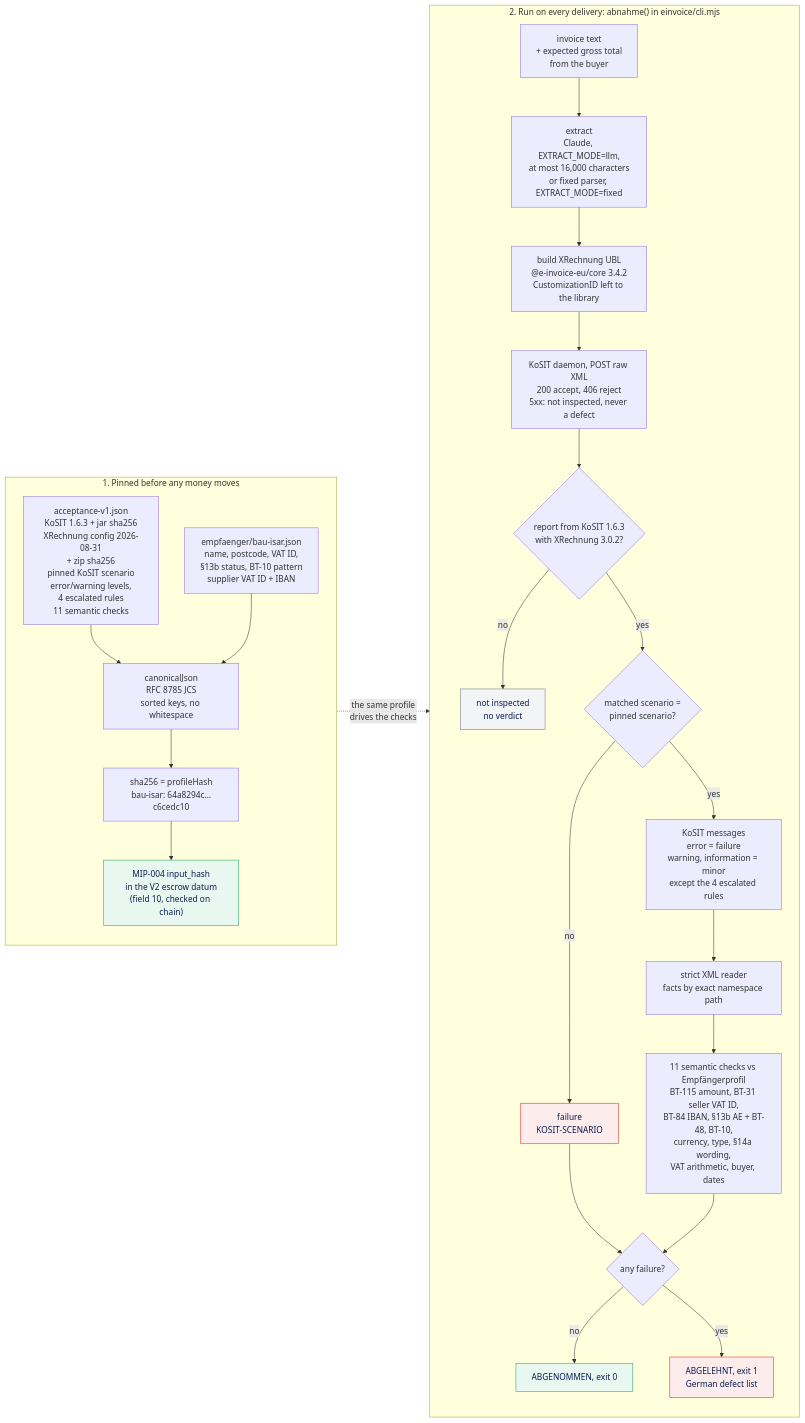
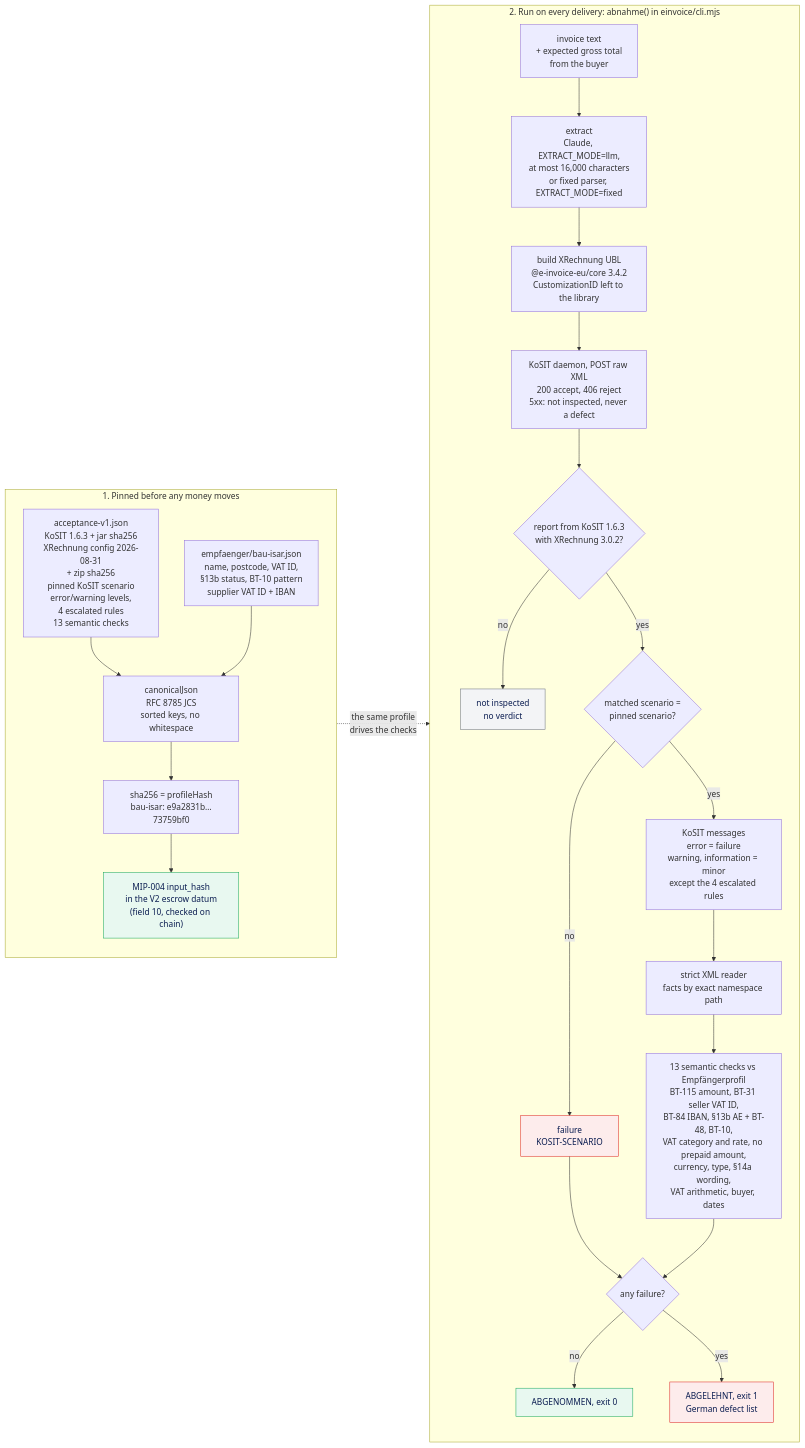
The tenth of 11 diagrams in README.md (omurbc/abnahme), drawn with Mermaid before and after one commit. The commit also changed other lines of this file and 1 other file, not shown here.

Commit message:
Show the round-5 profile hashes and the thirteen semantic checks in the README and on the site

````diff
--- a/README.md
+++ b/README.md
@@ -703,41 +703,41 @@
 ```mermaid
 flowchart LR
     subgraph PIN["1. Pinned before any money moves"]
         direction TB
-        A["acceptance-v1.json<br/>KoSIT 1.6.3 + jar sha256<br/>XRechnung config 2026-08-31<br/>+ zip sha256<br/>pinned KoSIT scenario<br/>error/warning levels,<br/>4 escalated rules<br/>11 semantic checks"]
+        A["acceptance-v1.json<br/>KoSIT 1.6.3 + jar sha256<br/>XRechnung config 2026-08-31<br/>+ zip sha256<br/>pinned KoSIT scenario<br/>error/warning levels,<br/>4 escalated rules<br/>13 semantic checks"]
         E["empfaenger/bau-isar.json<br/>name, postcode, VAT ID,<br/>§13b status, BT-10 pattern<br/>supplier VAT ID + IBAN"]
         J["canonicalJson<br/>RFC 8785 JCS<br/>sorted keys, no whitespace"]
-        H["sha256 = profileHash<br/>bau-isar: 64a8294c…c6cedc10"]
+        H["sha256 = profileHash<br/>bau-isar: e9a2831b…73759bf0"]
         IH["MIP-004 input_hash<br/>in the V2 escrow datum<br/>(field 10, checked on chain)"]
         A --> J
         E --> J
         J --> H --> IH
     end
 
     subgraph RUN["2. Run on every delivery: abnahme() in einvoice/cli.mjs"]
         direction TB
         T["invoice text<br/>+ expected gross total<br/>from the buyer"] --> X["extract<br/>Claude, EXTRACT_MODE=llm,<br/>at most 16,000 characters<br/>or fixed parser, EXTRACT_MODE=fixed"]
         X --> B["build XRechnung UBL<br/>@e-invoice-eu/core 3.4.2<br/>CustomizationID left to the library"]
         B --> K["KoSIT daemon, POST raw XML<br/>200 accept, 406 reject<br/>5xx: not inspected, never a defect"]
         K --> P{"report from KoSIT 1.6.3<br/>with XRechnung 3.0.2?"}
         P -->|"no"| NI["not inspected<br/>no verdict"]
         P -->|"yes"| S{"matched scenario =<br/>pinned scenario?"}
         S -->|"no"| R1["failure<br/>KOSIT-SCENARIO"]
         S -->|"yes"| M["KoSIT messages<br/>error = failure<br/>warning, information = minor<br/>except the 4 escalated rules"]
         M --> XR["strict XML reader<br/>facts by exact namespace path"]
-        XR --> C["11 semantic checks vs Empfängerprofil<br/>BT-115 amount, BT-31 seller VAT ID,<br/>BT-84 IBAN, §13b AE + BT-48, BT-10,<br/>currency, type, §14a wording,<br/>VAT arithmetic, buyer, dates"]
+        XR --> C["13 semantic checks vs Empfängerprofil<br/>BT-115 amount, BT-31 seller VAT ID,<br/>BT-84 IBAN, §13b AE + BT-48, BT-10,<br/>VAT category and rate, no prepaid amount,<br/>currency, type, §14a wording,<br/>VAT arithmetic, buyer, dates"]
         R1 --> V
         C --> V{"any failure?"}
         V -->|"no"| OK["ABGENOMMEN, exit 0"]
         V -->|"yes"| NO["ABGELEHNT, exit 1<br/>German defect list"]
     end
 
     PIN -.->|"the same profile<br/>drives the checks"| RUN
 
     classDef ok fill:#E8F8F0,stroke:#18A85C,color:#0B1D51
     classDef bad fill:#FDECEC,stroke:#DC2626,color:#0B1D51
     classDef neutral fill:#F3F4F6,stroke:#6B7280,color:#0B1D51
     class OK,IH ok
     class NO,R1 bad
     class NI neutral
 ```
````
